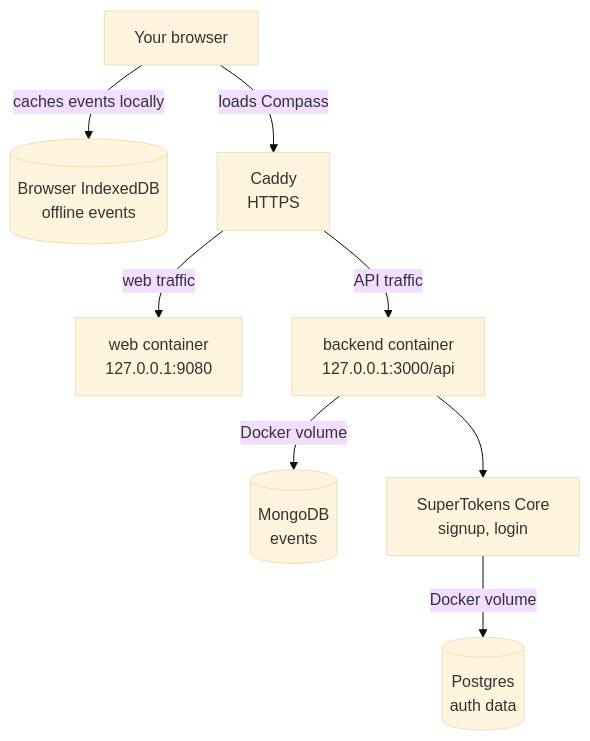
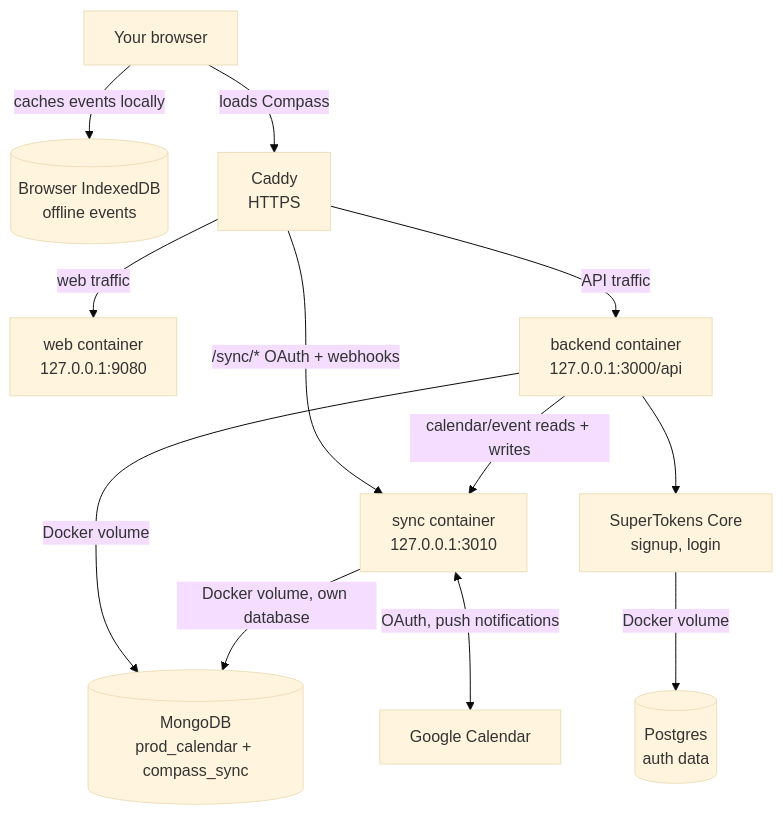
The diagram in docs/self-hosting/README.md (SwitchbackTech/compass), drawn with Mermaid (base theme) before and after one commit. The commit also changed other lines of this file and 16 other files, not shown here.

````diff
--- a/docs/self-hosting/README.md
+++ b/docs/self-hosting/README.md
@@ -13,19 +13,25 @@
 ```mermaid
 flowchart TD
     browser[Your browser]
     indexeddb[(Browser IndexedDB<br/>offline events)]
     caddy[Caddy<br/>HTTPS]
     web[web container<br/>127.0.0.1:9080]
     backend[backend container<br/>127.0.0.1:3000/api]
-    mongo[(MongoDB<br/>events)]
+    sync[sync container<br/>127.0.0.1:3010]
+    mongo[(MongoDB<br/>prod_calendar + compass_sync)]
     supertokens[SuperTokens Core<br/>signup, login]
     postgres[(Postgres<br/>auth data)]
+    google[Google Calendar]
 
     browser -->|loads Compass| caddy
     caddy -->|web traffic| web
     caddy -->|API traffic| backend
+    caddy -->|/sync/* OAuth + webhooks| sync
     browser -->|caches events locally| indexeddb
     backend -->|Docker volume| mongo
+    backend -->|calendar/event reads + writes| sync
     backend --> supertokens
+    sync -->|Docker volume, own database| mongo
+    sync <-->|OAuth, push notifications| google
     supertokens -->|Docker volume| postgres
 ```
````
